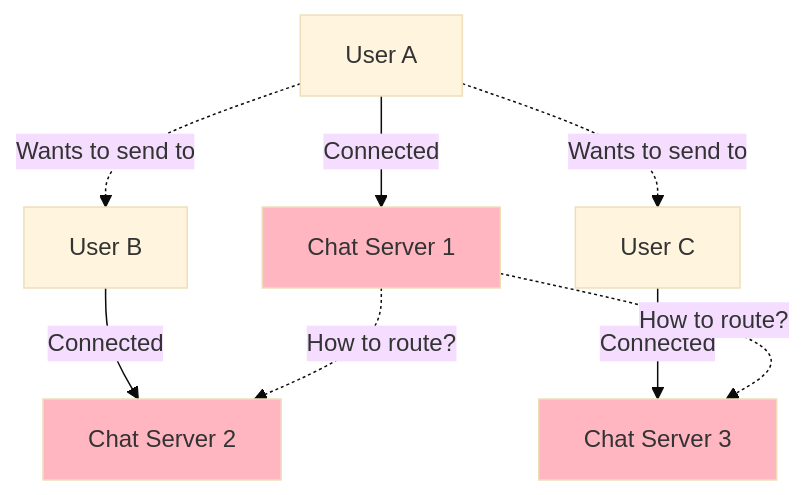
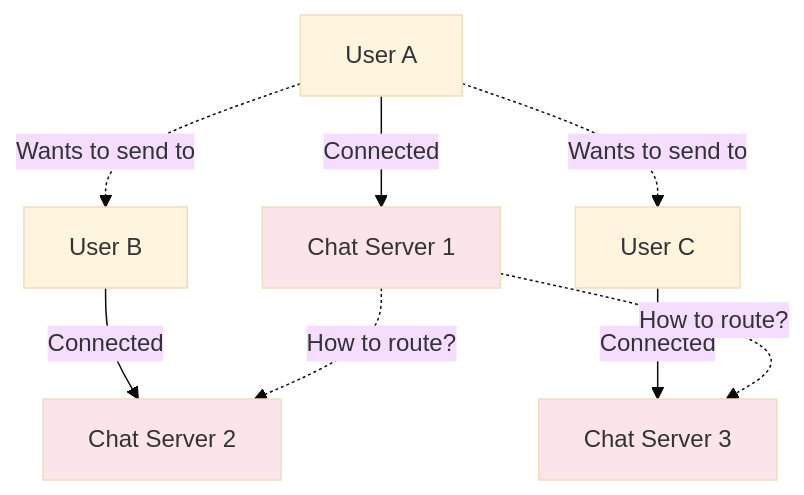
Before and after one commit to cartmancodes/InterviewVault: diagram 11 of 22 in LLD/questions/Design Whatsapp.md, drawn with Mermaid (base theme). The commit also changed other lines of this file and 679 other files, not shown here.

Commit message:
Unify content diagrams and add accessible visual walkthroughs

````diff
--- a/LLD/questions/Design Whatsapp.md
+++ b/LLD/questions/Design Whatsapp.md
@@ -695,16 +695,16 @@
 ```mermaid
 graph TB
     UA[User A] -->|Connected| CS1[Chat Server 1]
     UB[User B] -->|Connected| CS2[Chat Server 2]
     UC[User C] -->|Connected| CS3[Chat Server 3]
     
     UA -.->|Wants to send to| UB
     UA -.->|Wants to send to| UC
     
     CS1 -.->|How to route?| CS2
     CS1 -.->|How to route?| CS3
     
-    style CS1 fill:#FFB6C1
-    style CS2 fill:#FFB6C1
-    style CS3 fill:#FFB6C1
+    style CS1 fill:#FCE5EA
+    style CS2 fill:#FCE5EA
+    style CS3 fill:#FCE5EA
 ```
````
